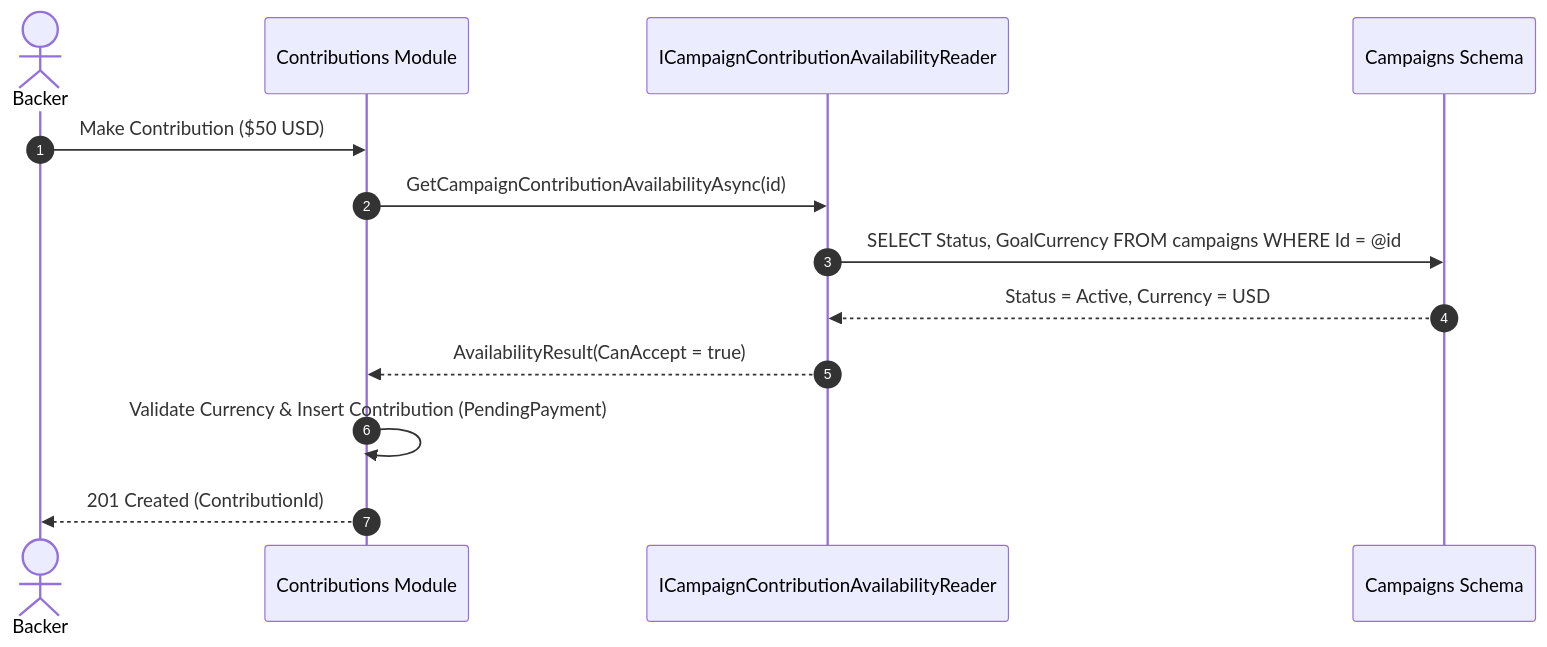
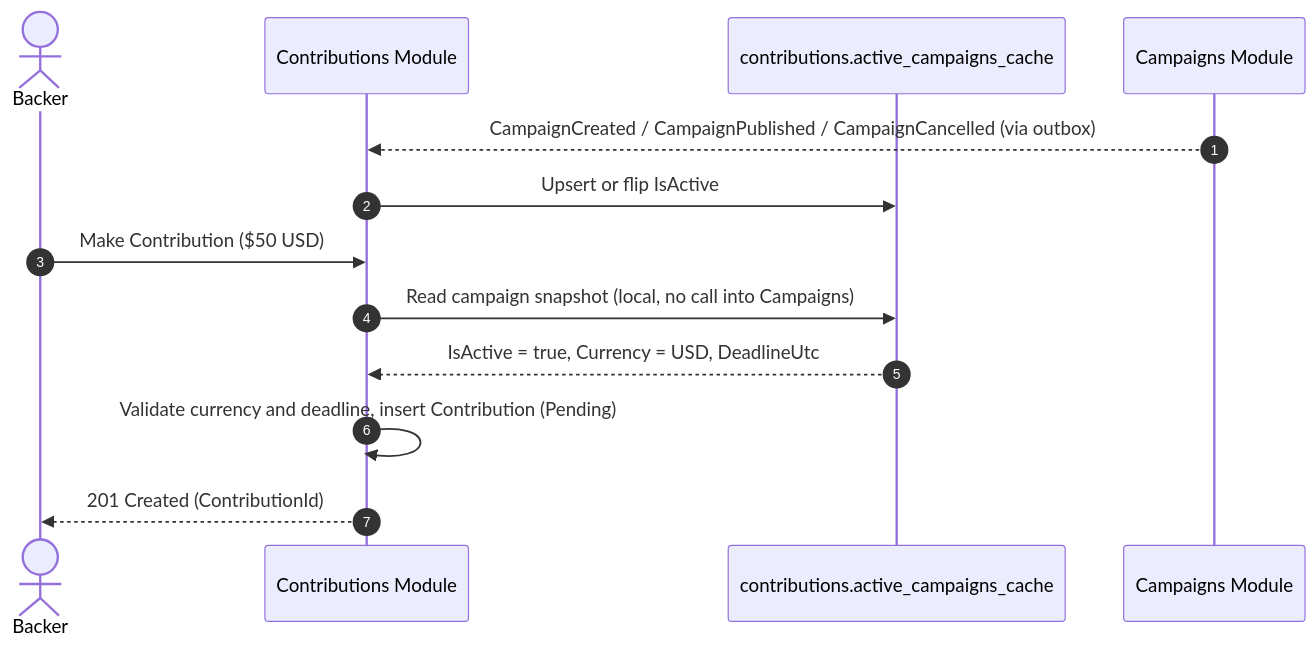
The seventh of 14 diagrams in docs/TRADE_OFFS_AND_LIMITATIONS.md (maysamgamini/crowdfundinghub), drawn with Mermaid before and after one commit. The commit also changed other lines of this file and 31 other files, not shown here.

````diff
--- a/docs/TRADE_OFFS_AND_LIMITATIONS.md
+++ b/docs/TRADE_OFFS_AND_LIMITATIONS.md
@@ -369,16 +382,16 @@
 ```mermaid
 sequenceDiagram
     autonumber
     actor Backer
     participant ContApp as Contributions Module
-    participant CampReader as ICampaignContributionAvailabilityReader
-    participant CampDB as Campaigns Schema
+    participant Cache as contributions.active_campaigns_cache
+    participant Camp as Campaigns Module
 
+    Camp-->>ContApp: CampaignCreated / CampaignPublished / CampaignCancelled (via outbox)
+    ContApp->>Cache: Upsert or flip IsActive
     Backer->>ContApp: Make Contribution ($50 USD)
-    ContApp->>CampReader: GetCampaignContributionAvailabilityAsync(id)
-    CampReader->>CampDB: SELECT Status, GoalCurrency FROM campaigns WHERE Id = @id
-    CampDB-->>CampReader: Status = Active, Currency = USD
-    CampReader-->>ContApp: AvailabilityResult(CanAccept = true)
-    ContApp->>ContApp: Validate Currency & Insert Contribution (PendingPayment)
+    ContApp->>Cache: Read campaign snapshot (local, no call into Campaigns)
+    Cache-->>ContApp: IsActive = true, Currency = USD, DeadlineUtc
+    ContApp->>ContApp: Validate currency and deadline, insert Contribution (Pending)
     ContApp-->>Backer: 201 Created (ContributionId)
 ```
````
